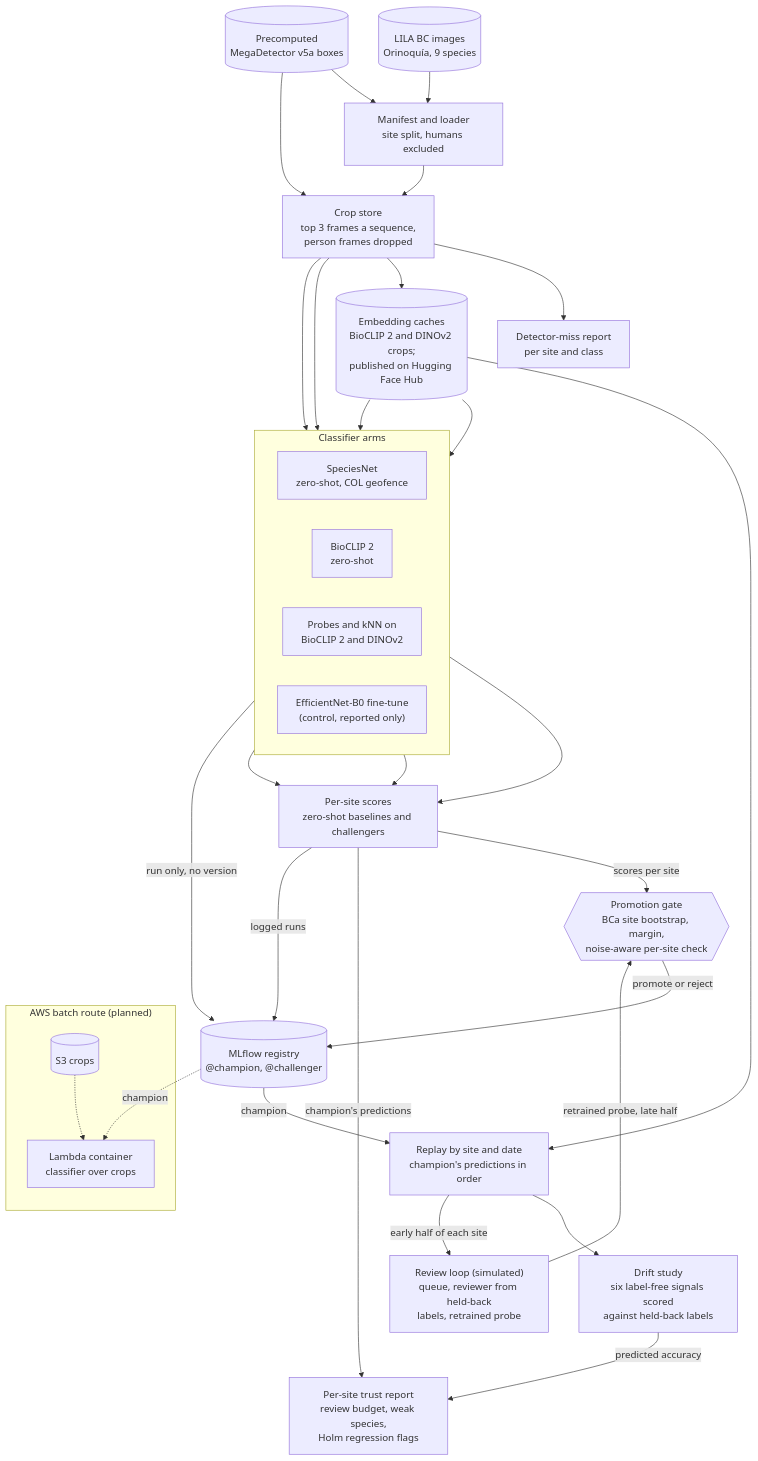
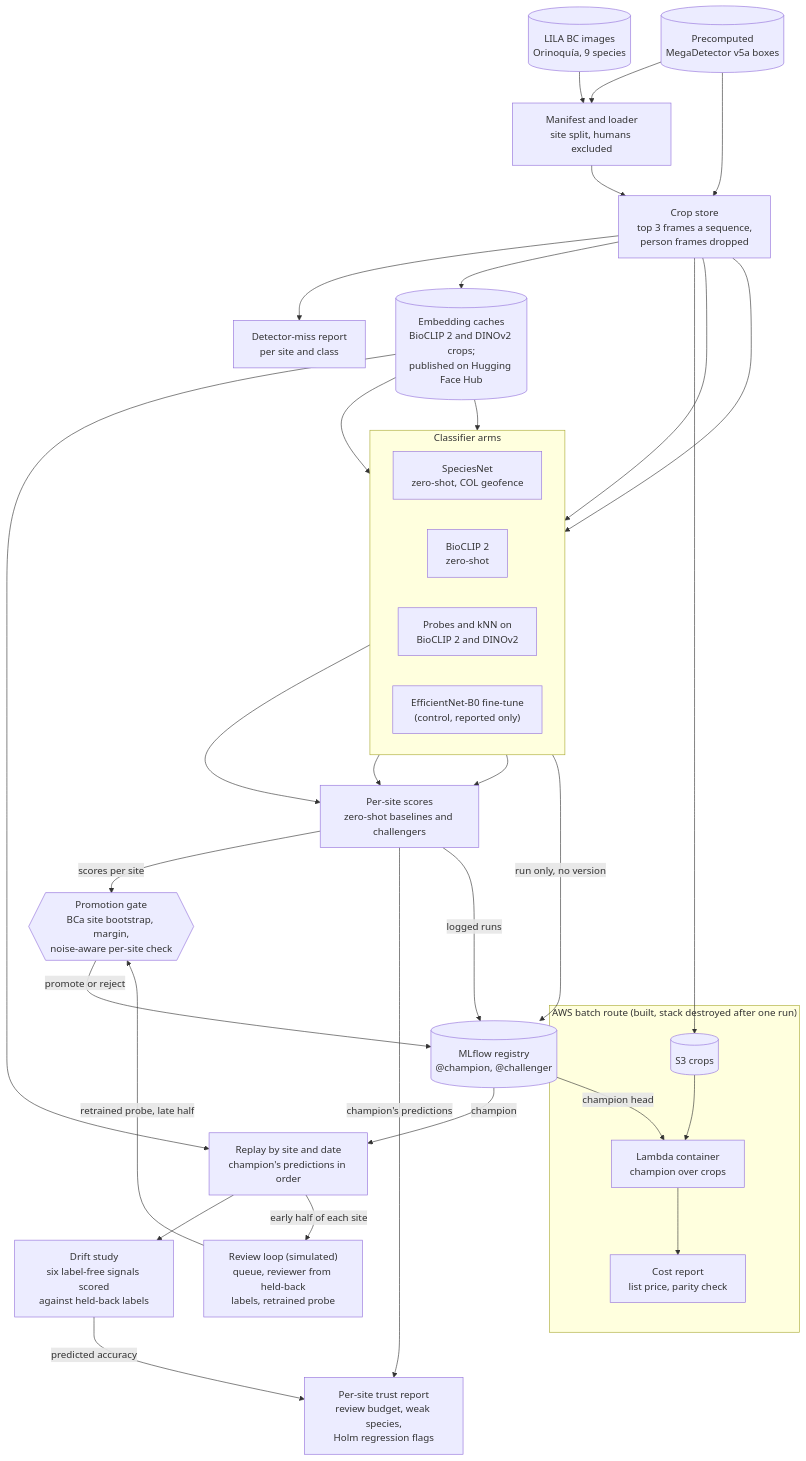
The diagram in README.md (benmacp123/camera-trap-mlops), drawn with Mermaid before and after one commit. The commit also changed other lines of this file and 15 other files, not shown here.

````diff
--- a/README.md
+++ b/README.md
@@ -430,55 +480,57 @@
 ```mermaid
 flowchart TB
     lila[("LILA BC images<br>Orinoquía, 9 species")] --> manifest["Manifest and loader<br>site split, humans excluded"]
     mdv5a[("Precomputed<br>MegaDetector v5a boxes")] --> manifest
     mdv5a --> crops["Crop store<br>top 3 frames a sequence,<br>person frames dropped"]
     manifest --> crops
     crops --> misses["Detector-miss report<br>per site and class"]
     crops --> embeddings[("Embedding caches<br>BioCLIP 2 and DINOv2 crops;<br>published on Hugging Face Hub")]
 
     subgraph arms ["Classifier arms"]
         direction LR
         speciesnet["SpeciesNet<br>zero-shot, COL geofence"]
         bioclip["BioCLIP 2<br>zero-shot"]
         probe["Probes and kNN on<br>BioCLIP 2 and DINOv2"]
         cnn["EfficientNet-B0 fine-tune<br>(control, reported only)"]
     end
 
     crops --> speciesnet
     embeddings --> bioclip
     embeddings --> probe
     crops --> cnn
 
     speciesnet --> baselines["Per-site scores<br>zero-shot baselines and challengers"]
     bioclip --> baselines
     probe --> baselines
 
     gate{{"Promotion gate<br>BCa site bootstrap, margin,<br>noise-aware per-site check"}}
 
     mlflow[("MLflow registry<br>@champion, @challenger")]
 
     report["Per-site trust report<br>review budget, weak species,<br>Holm regression flags"]
 
     replay["Replay by site and date<br>champion's predictions in order"]
     drift["Drift study<br>six label-free signals scored<br>against held-back labels"]
 
     review["Review loop (simulated)<br>queue, reviewer from held-back<br>labels, retrained probe"]
 
     embeddings --> replay
     mlflow -- "champion" --> replay --> drift
     drift -- "predicted accuracy" --> report
     replay -- "early half of each site" --> review
 
     baselines -- "scores per site" --> gate
     baselines -- "champion's predictions" --> report
     baselines -- "logged runs" --> mlflow
     cnn -- "run only, no version" --> mlflow
     gate -- "promote or reject" --> mlflow
     review -- "retrained probe, late half" --> gate
 
-    subgraph aws ["AWS batch route (planned)"]
-        s3[("S3 crops")] -.-> lambda["Lambda container<br>classifier over crops"]
+    subgraph aws ["AWS batch route (built, stack destroyed after one run)"]
+        s3[("S3 crops")] --> lambda["Lambda container<br>champion over crops"]
+        lambda --> cost["Cost report<br>list price, parity check"]
     end
 
-    mlflow -. "champion" .-> lambda
+    mlflow -- "champion head" --> lambda
+    crops --> s3
 ```
````
